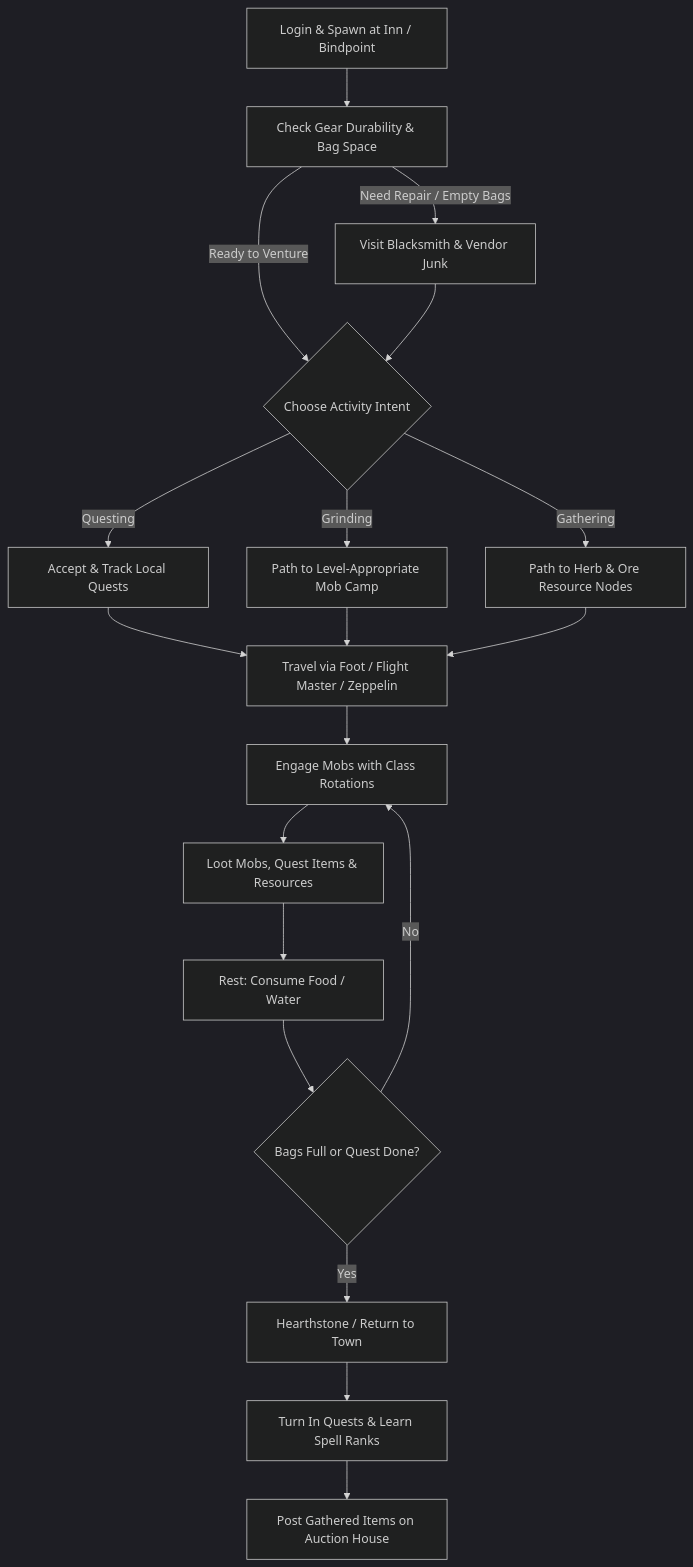
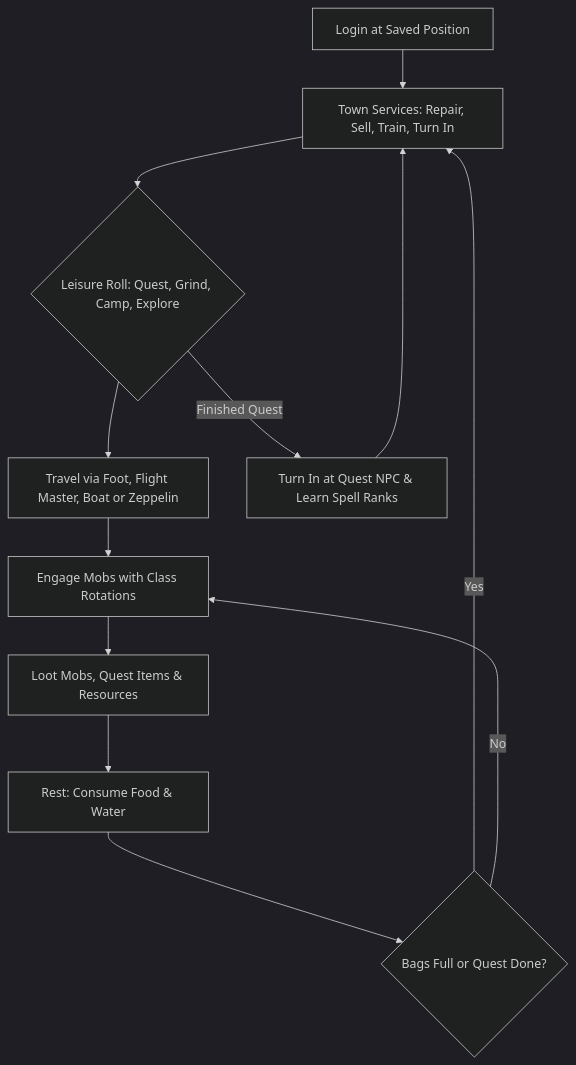
The diagram in docs/world/living-world.md (11Marlowe/TortoiseBots), drawn with Mermaid (dark theme) before and after one commit. The commit also changed other lines of this file and 6 other files, not shown here.

````diff
--- a/docs/world/living-world.md
+++ b/docs/world/living-world.md
@@ -30,21 +30,14 @@
 ```mermaid
 flowchart TD
-    Login["Login & Spawn at Inn / Bindpoint"] --> GearCheck["Check Gear Durability & Bag Space"]
-    GearCheck -->|"Need Repair / Empty Bags"| Town["Visit Blacksmith & Vendor Junk"]
-    GearCheck -->|"Ready to Venture"| GoalChoice{"Choose Activity Intent"}
-    Town --> GoalChoice
-    GoalChoice -->|Questing| Quest["Accept & Track Local Quests"]
-    GoalChoice -->|Grinding| Grind["Path to Level-Appropriate Mob Camp"]
-    GoalChoice -->|Gathering| Gather["Path to Herb & Ore Resource Nodes"]
-    Quest --> Travel["Travel via Foot / Flight Master / Zeppelin"]
-    Grind --> Travel
-    Gather --> Travel
+    Login["Login at Saved Position"] --> Upkeep["Town Services: Repair, Sell, Train, Turn In"]
+    Upkeep --> Leisure{"Leisure Roll: Quest, Grind, Camp, Explore"}
+    Leisure --> Travel["Travel via Foot, Flight Master, Boat or Zeppelin"]
     Travel --> Combat["Engage Mobs with Class Rotations"]
     Combat --> Loot["Loot Mobs, Quest Items & Resources"]
-    Loot --> Rest["Rest: Consume Food / Water"]
+    Loot --> Rest["Rest: Consume Food & Water"]
     Rest --> CheckBags{"Bags Full or Quest Done?"}
-    CheckBags -->|Yes| Hearth["Hearthstone / Return to Town"]
+    CheckBags -->|Yes| Upkeep
     CheckBags -->|No| Combat
-    Hearth --> TurnIn["Turn In Quests & Learn Spell Ranks"]
-    TurnIn --> AH["Post Gathered Items on Auction House"]
+    Leisure -->|Finished Quest| TurnIn["Turn In at Quest NPC & Learn Spell Ranks"]
+    TurnIn --> Upkeep
 ```
````
